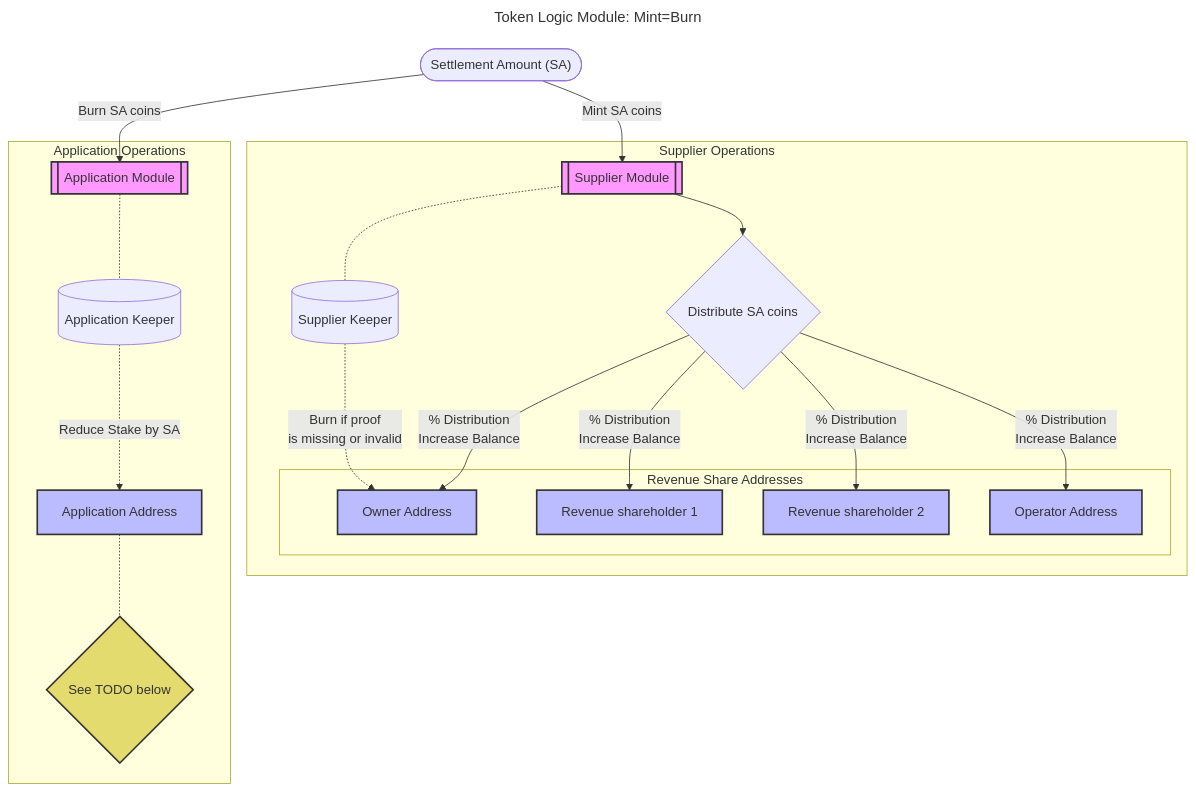
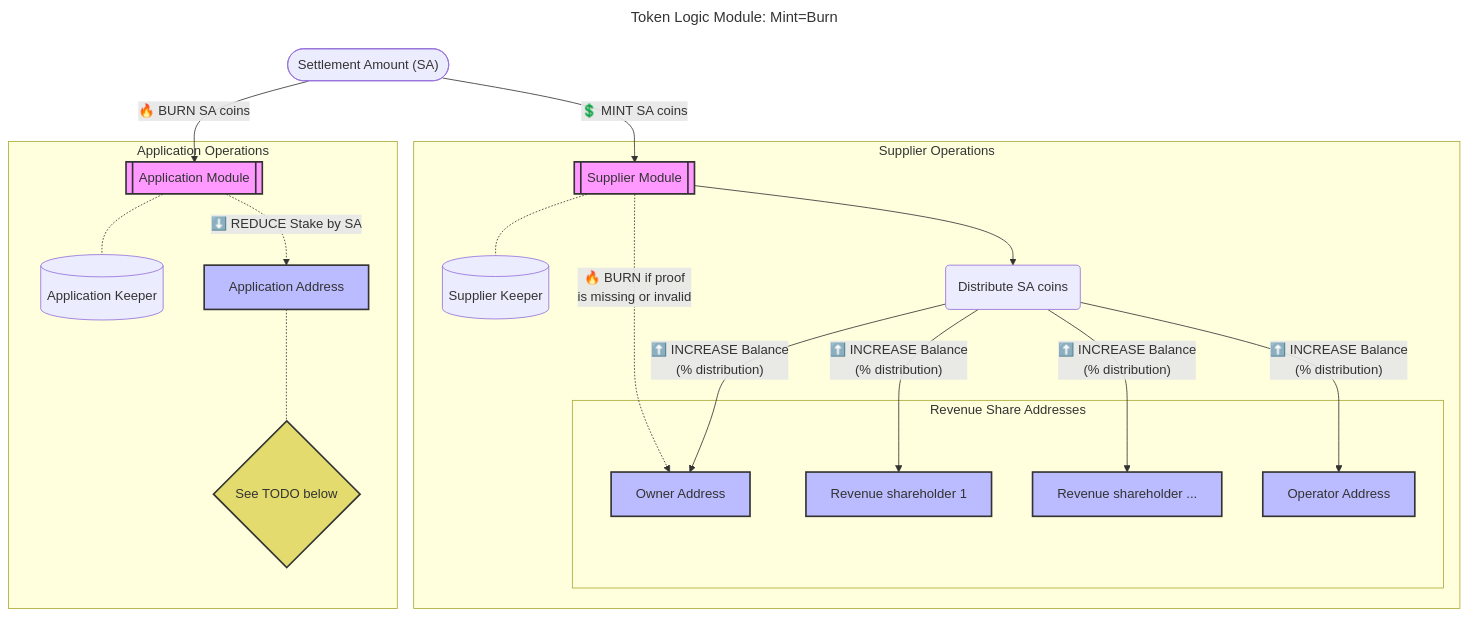
One commit to pokt-network/poktroll changed the second of 6 diagrams in docusaurus/docs/protocol/tokenomics/token_logic_modules.md. Above: the diagram before and after it, drawn with Mermaid. The commit also changed other lines of this file, not shown here.

````diff
--- a/docusaurus/docs/protocol/tokenomics/token_logic_modules.md
+++ b/docusaurus/docs/protocol/tokenomics/token_logic_modules.md
@@ -113,52 +137,52 @@
 ```mermaid
 ---
 title: "Token Logic Module: Mint=Burn"
 ---
 flowchart TD
     SA(["Settlement Amount (SA)"])
 
-    SA -- Mint SA coins --> SM
-    SA -- Burn SA coins--> AM
+    SA -- 💲 MINT SA coins --> SM
+    SA -- 🔥 BURN SA coins--> AM
 
     subgraph SO[Supplier Operations]
         SM[[Supplier Module]]
         SK[(Supplier Keeper)]
-        SD{Distribute SA coins}
+        SD(Distribute SA coins)
         RSA[Other Revenue Share Addresses]
 
         SM -.- SK
-        SK -. Burn if proof <br> is missing or invalid .-> OA
-        SD -->|% Distribution <br> Increase Balance| OA
-        SD -->|% Distribution <br> Increase Balance| RSH1
-        SD -->|% Distribution <br> Increase Balance| RSH2
-        SD -->|% Distribution <br> Increase Balance| OPA
+        SM -. 🔥 BURN if proof <br> is missing or invalid .-> OA
+        SD -->|"⬆️ INCREASE Balance <br> (% distribution)"| OA
+        SD -->|"⬆️ INCREASE Balance <br> (% distribution)"| RSH1
+        SD -->|"⬆️ INCREASE Balance <br> (% distribution)"| RSH2
+        SD -->|"⬆️ INCREASE Balance <br> (% distribution)"| OPA
 
         subgraph RSA[Revenue Share Addresses]
             OA[Owner Address]
             OPA[Operator Address]
             RSH1[Revenue shareholder 1]
-            RSH2[Revenue shareholder 2]
+            RSH2[Revenue shareholder ...]
         end
     end
 
     subgraph AO[Application Operations]
         AM[[Application Module]]
         AK[(Application Keeper)]
         AA[Application Address]
 
         AM -.- AK
-        AK -. Reduce Stake by SA .-> AA
+        AM -. ⬇️ REDUCE Stake by SA .-> AA
         AA -.- TODO{See TODO below}
     end
 
     SM --> SD
 
     classDef module fill:#f9f,stroke:#333,stroke-width:2px;
     classDef address fill:#bbf,stroke:#333,stroke-width:2px;
     classDef question fill:#e3db6d,stroke:#333,stroke-width:2px;
     classDef event fill:#e8b761,stroke:#333,stroke-width:2px;
 
     class SM,AM module;
     class RSH1,RSH2,OA,OPA,AA address;
     class TODO question;
 ```
````
